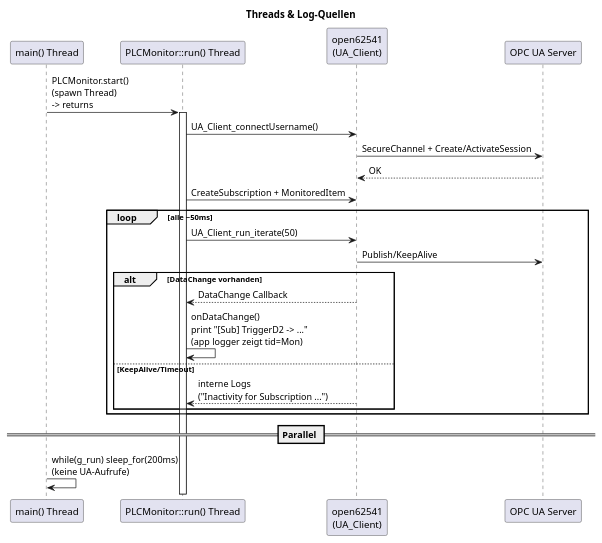
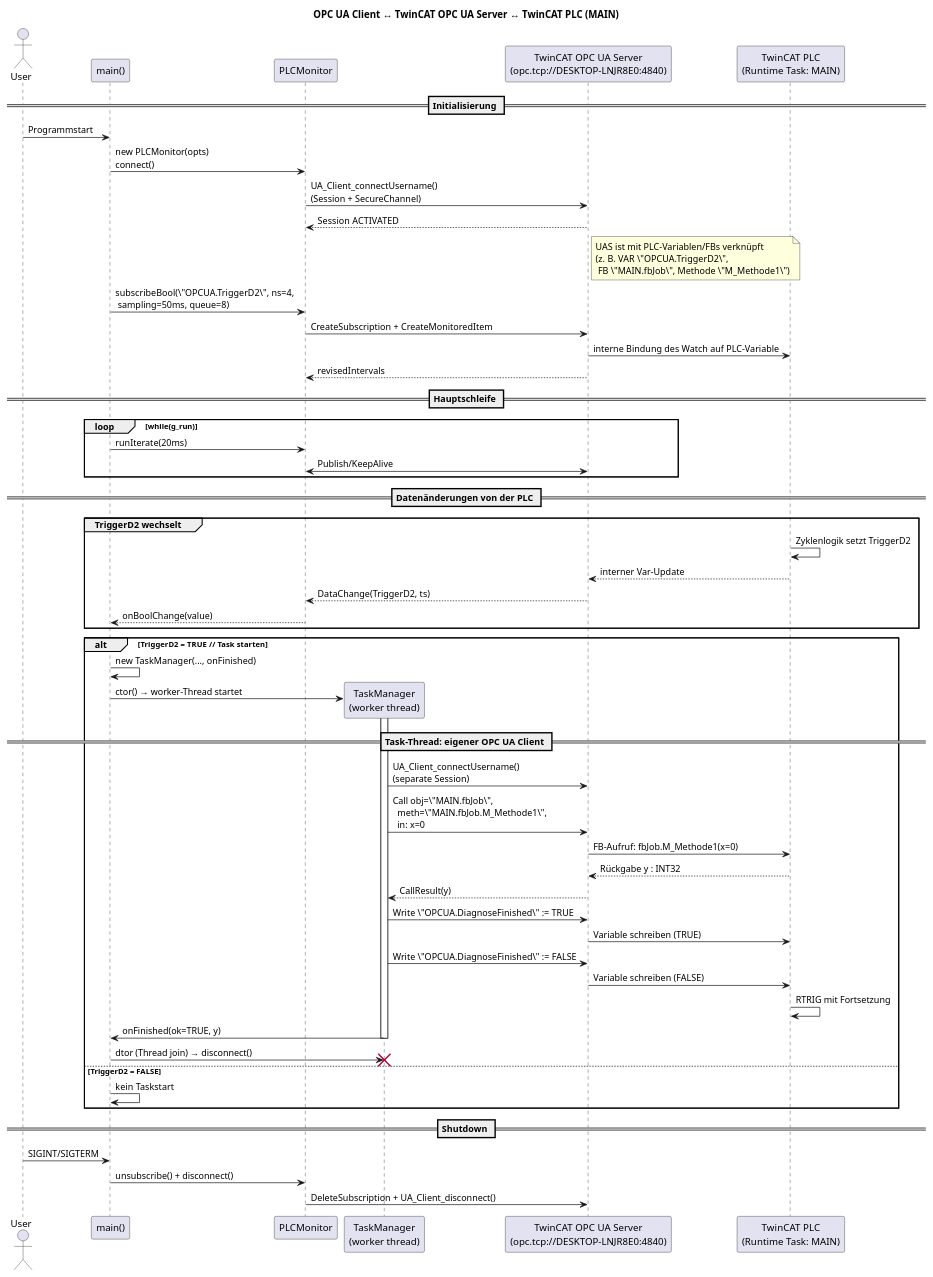
Before and after one commit to verkal1999/FMEA-MSR-EventSystem: the diagram in sequenz.plantuml, drawn with PlantUML. The commit also changed 6 other files, not shown here.

Commit message:
Update: add TaskManager/PLCMonitor; update main and CMake; add sequence diagram

```diff
--- a/sequenz.plantuml
+++ b/sequenz.plantuml
@@ -1,30 +1,73 @@
 @startuml seq
-title Threads & Log-Quellen
+title OPC UA Client ↔ TwinCAT OPC UA Server ↔ TwinCAT PLC (MAIN)
 
-participant "main() Thread" as Main
-participant "PLCMonitor::run() Thread" as Mon
-participant "open62541\n(UA_Client)" as UA
-participant "OPC UA Server" as Srv
+actor User as U
+participant "main()" as Main
+participant "PLCMonitor" as Mon
+participant "TaskManager\n(worker thread)" as TM
+participant "TwinCAT OPC UA Server\n(opc.tcp://DESKTOP-LNJR8E0:4840)" as UAS
+participant "TwinCAT PLC\n(Runtime Task: MAIN)" as PLC
 
-Main -> Mon: PLCMonitor.start()\n(spawn Thread)\n-> returns
-activate Mon
+== Initialisierung ==
+U -> Main : Programmstart
+Main -> Mon : new PLCMonitor(opts)\nconnect()
+Mon -> UAS  : UA_Client_connectUsername()\n(Session + SecureChannel)
+UAS --> Mon : Session ACTIVATED
+note right of UAS
+  UAS ist mit PLC-Variablen/FBs verknüpft
+  (z. B. VAR \"OPCUA.TriggerD2\",
+   FB \"MAIN.fbJob\", Methode \"M_Methode1\")
+end note
 
-Mon -> UA: UA_Client_connectUsername()
-UA -> Srv: SecureChannel + Create/ActivateSession
-Srv --> UA: OK
-Mon -> UA: CreateSubscription + MonitoredItem
+Main -> Mon : subscribeBool(\"OPCUA.TriggerD2\", ns=4,\n sampling=50ms, queue=8)
+Mon -> UAS  : CreateSubscription + CreateMonitoredItem
+UAS -> PLC  : interne Bindung des Watch auf PLC-Variable
+UAS --> Mon : revisedIntervals
 
-loop alle ~50ms
-  Mon -> UA: UA_Client_run_iterate(50)
-  UA -> Srv: Publish/KeepAlive
-  alt DataChange vorhanden
-    UA --> Mon: DataChange Callback
-    Mon -> Mon: onDataChange()\nprint "[Sub] TriggerD2 -> ..."\n(app logger zeigt tid=Mon)
-  else KeepAlive/Timeout
-    UA --> Mon: interne Logs\n("Inactivity for Subscription ...")
-  end
+== Hauptschleife ==
+loop while(g_run)
+  Main -> Mon : runIterate(20ms)
+  Mon <-> UAS : Publish/KeepAlive
 end
 
-== Parallel ==
-Main -> Main: while(g_run) sleep_for(200ms)\n(keine UA-Aufrufe)
+== Datenänderungen von der PLC ==
+group TriggerD2 wechselt
+  PLC -> PLC : Zyklenlogik setzt TriggerD2
+  PLC --> UAS : interner Var-Update
+  UAS --> Mon : DataChange(TriggerD2, ts)
+  Mon --> Main: onBoolChange(value)
+end
+
+alt TriggerD2 = TRUE  // Task starten
+  Main -> Main : new TaskManager(..., onFinished)
+  create TM
+  Main -> TM : ctor() → worker-Thread startet
+  activate TM
+
+  == Task-Thread: eigener OPC UA Client ==
+  TM -> UAS : UA_Client_connectUsername()\n(separate Session)
+  TM -> UAS : Call obj=\"MAIN.fbJob\",\n  meth=\"MAIN.fbJob.M_Methode1\",\n  in: x=0
+  UAS -> PLC : FB-Aufruf: fbJob.M_Methode1(x=0)
+  PLC --> UAS : Rückgabe y : INT32
+  UAS --> TM  : CallResult(y)
+
+  ' Diagnoseflag per Client setzen (PLC liest es ein)
+  TM -> UAS : Write \"OPCUA.DiagnoseFinished\" := TRUE
+  UAS -> PLC : Variable schreiben (TRUE)
+  TM -> UAS : Write \"OPCUA.DiagnoseFinished\" := FALSE
+  UAS -> PLC : Variable schreiben (FALSE)
+  PLC -> PLC : RTRIG mit Fortsetzung
+
+  TM -> Main : onFinished(ok=TRUE, y)
+  deactivate TM
+  Main -> TM : dtor (Thread join) → disconnect()
+  destroy TM
+else TriggerD2 = FALSE
+  Main -> Main : kein Taskstart
+end
+
+== Shutdown ==
+U -> Main : SIGINT/SIGTERM
+Main -> Mon : unsubscribe() + disconnect()
+Mon -> UAS  : DeleteSubscription + UA_Client_disconnect()
 @enduml
```
